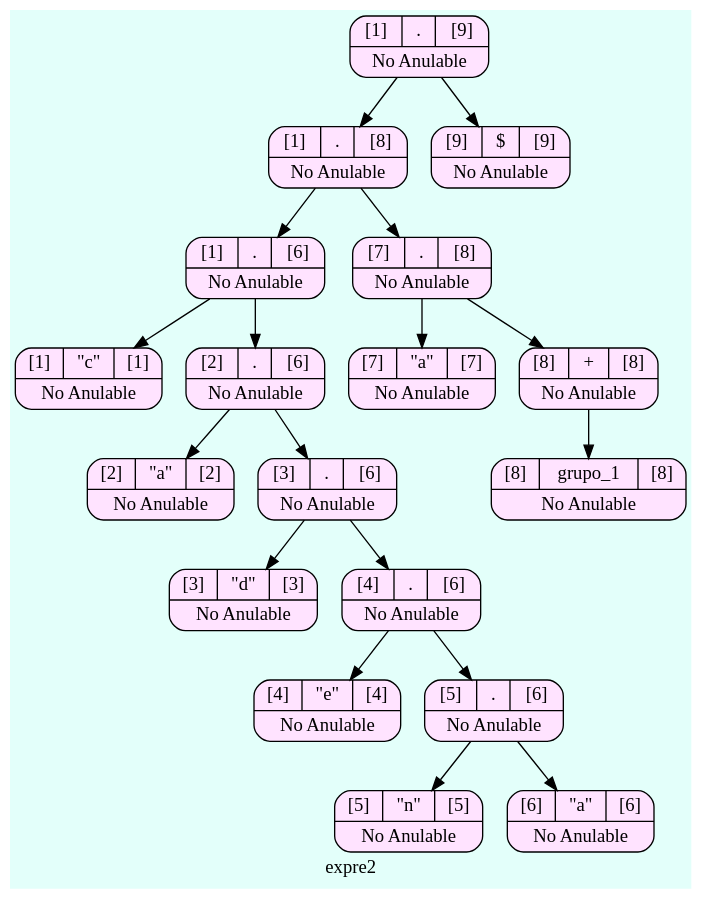
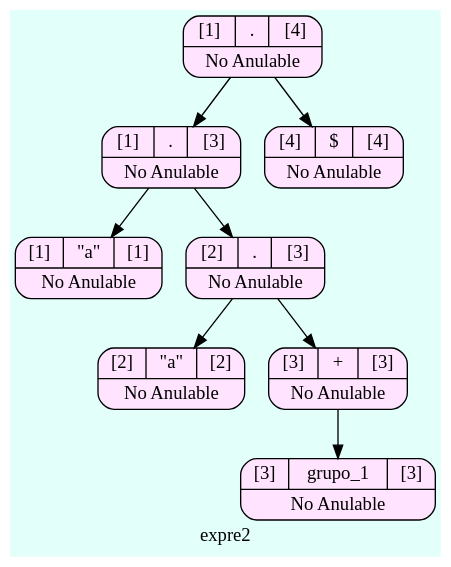
One commit to SergieArizandieta/OLC1-P1-202000119 changed the diagram in ARBOLES_202000119/Arbol_expre2.dot. Above: the diagram before and after it, drawn with Graphviz. The commit also changed 46 other files, not shown here.

```diff
--- a/ARBOLES_202000119/Arbol_expre2.dot
+++ b/ARBOLES_202000119/Arbol_expre2.dot
@@ -1,41 +1,21 @@
 digraph structs {
   bgcolor = "#E3FFFA"
    node [shape=Mrecord fillcolor="#FFE3FF" style =filled];
 label ="expre2"
-    struct165697174    [label="{{[1]|<here>.|[9]}|No Anulable}"];
-    struct165697174-> struct1544076444
-    struct1544076444    [label="{{[1]|<here>.|[8]}|No Anulable}"];
-    struct1544076444-> struct1731467977
-    struct1731467977    [label="{{[1]|<here>.|[6]}|No Anulable}"];
-    struct1731467977-> struct675925215
-    struct675925215    [label="{{[1]|<here>\"c\"|[1]}|No Anulable}"];
-    struct1731467977-> struct597060518
-    struct597060518    [label="{{[2]|<here>.|[6]}|No Anulable}"];
-    struct597060518-> struct988012308
-    struct988012308    [label="{{[2]|<here>\"a\"|[2]}|No Anulable}"];
-    struct597060518-> struct2101770451
-    struct2101770451    [label="{{[3]|<here>.|[6]}|No Anulable}"];
-    struct2101770451-> struct462388368
-    struct462388368    [label="{{[3]|<here>\"d\"|[3]}|No Anulable}"];
-    struct2101770451-> struct198504220
-    struct198504220    [label="{{[4]|<here>.|[6]}|No Anulable}"];
-    struct198504220-> struct795580941
-    struct795580941    [label="{{[4]|<here>\"e\"|[4]}|No Anulable}"];
-    struct198504220-> struct1629880275
-    struct1629880275    [label="{{[5]|<here>.|[6]}|No Anulable}"];
-    struct1629880275-> struct19821723
-    struct19821723    [label="{{[5]|<here>\"n\"|[5]}|No Anulable}"];
-    struct1629880275-> struct766429101
-    struct766429101    [label="{{[6]|<here>\"a\"|[6]}|No Anulable}"];
-    struct1544076444-> struct1583782887
-    struct1583782887    [label="{{[7]|<here>.|[8]}|No Anulable}"];
-    struct1583782887-> struct275987615
-    struct275987615    [label="{{[7]|<here>\"a\"|[7]}|No Anulable}"];
-    struct1583782887-> struct1644894374
-    struct1644894374    [label="{{[8]|<here>+|[8]}|No Anulable}"];
-    struct1644894374-> struct960706789
-    struct960706789    [label="{{[8]|<here>grupo_1|[8]}|No Anulable}"];
-    struct165697174-> struct1393567113
-    struct1393567113    [label="{{[9]|<here>$|[9]}|No Anulable}"];
+    struct1889064609    [label="{{[1]|<here>.|[4]}|No Anulable}"];
+    struct1889064609-> struct1658072524
+    struct1658072524    [label="{{[1]|<here>.|[3]}|No Anulable}"];
+    struct1658072524-> struct478361052
+    struct478361052    [label="{{[1]|<here>\"a\"|[1]}|No Anulable}"];
+    struct1658072524-> struct1930911399
+    struct1930911399    [label="{{[2]|<here>.|[3]}|No Anulable}"];
+    struct1930911399-> struct1166848954
+    struct1166848954    [label="{{[2]|<here>\"a\"|[2]}|No Anulable}"];
+    struct1930911399-> struct108350602
+    struct108350602    [label="{{[3]|<here>+|[3]}|No Anulable}"];
+    struct108350602-> struct56472653
+    struct56472653    [label="{{[3]|<here>grupo_1|[3]}|No Anulable}"];
+    struct1889064609-> struct1257648359
+    struct1257648359    [label="{{[4]|<here>$|[4]}|No Anulable}"];
 
 }
```
